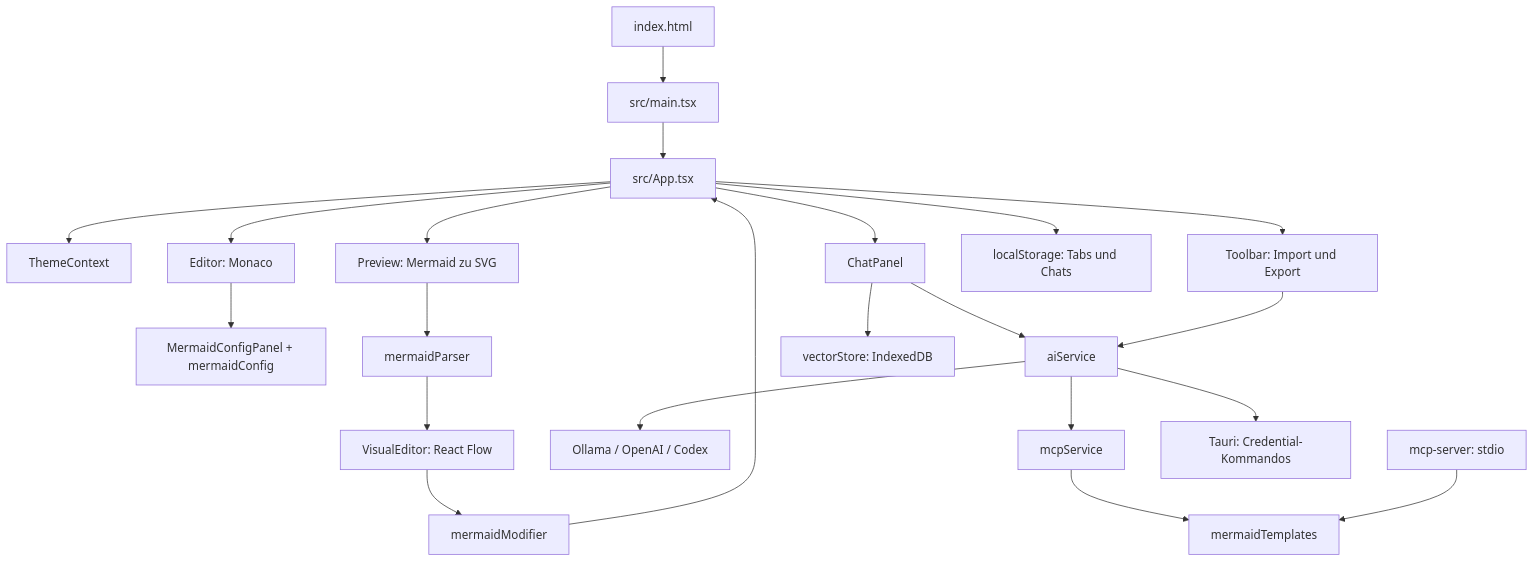
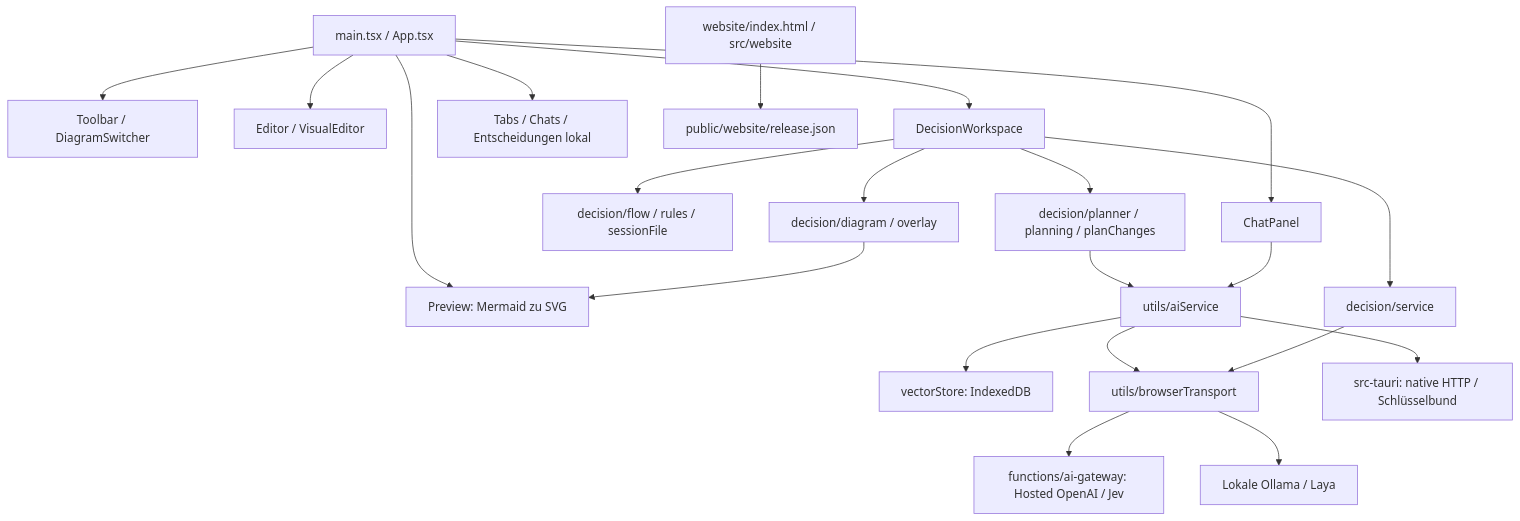
The diagram in docs/PROJECT_OVERVIEW.md (Jakende/mermaider), drawn with Mermaid before and after one commit. The commit also changed other lines of this file and 27 other files, not shown here.

````diff
--- a/docs/PROJECT_OVERVIEW.md
+++ b/docs/PROJECT_OVERVIEW.md
@@ -42,24 +27,23 @@
 ```mermaid
 flowchart TD
-  HTML[index.html] --> Main[src/main.tsx]
-  Main --> App[src/App.tsx]
-  App --> Theme[ThemeContext]
-  App --> Editor[Editor: Monaco]
-  App --> Preview[Preview: Mermaid zu SVG]
-  App --> Chat[ChatPanel]
-  App --> Toolbar[Toolbar: Import und Export]
-  Editor --> Config[MermaidConfigPanel + mermaidConfig]
-  Preview --> Parser[mermaidParser]
-  Parser --> Visual[VisualEditor: React Flow]
-  Visual --> Modifier[mermaidModifier]
-  Modifier --> App
-  Chat --> AI[aiService]
-  Toolbar --> AI
-  AI --> Providers[Ollama / OpenAI / Codex]
-  Chat --> Vectors[vectorStore: IndexedDB]
-  AI --> MCPContext[mcpService]
-  MCPContext --> Templates[mermaidTemplates]
-  Server[mcp-server: stdio] --> Templates
-  AI --> Rust[Tauri: Credential-Kommandos]
-  App --> Storage[localStorage: Tabs und Chats]
+  Main[main.tsx / App.tsx] --> Toolbar[Toolbar / DiagramSwitcher]
+  Main --> Editor[Editor / VisualEditor]
+  Main --> Preview[Preview: Mermaid zu SVG]
+  Main --> Chat[ChatPanel]
+  Main --> Decisions[DecisionWorkspace]
+  Decisions --> Flow[decision/flow / rules / sessionFile]
+  Decisions --> Planning[decision/planner / planning / planChanges]
+  Decisions --> Evaluation[decision/service]
+  Planning --> AI[utils/aiService]
+  Chat --> AI
+  AI --> RAG[vectorStore: IndexedDB]
+  AI --> Transport[utils/browserTransport]
+  Evaluation --> Transport
+  Transport --> Gateway[functions/ai-gateway: Hosted OpenAI / Jev]
+  Transport --> Local[Lokale Ollama / Laya]
+  Decisions --> Diagram[decision/diagram / overlay]
+  Diagram --> Preview
+  Main --> Persistence[Tabs / Chats / Entscheidungen lokal]
+  AI --> Native[src-tauri: native HTTP / Schlüsselbund]
+  Website[website/index.html / src/website] --> Manifest[public/website/release.json]
 ```
````
